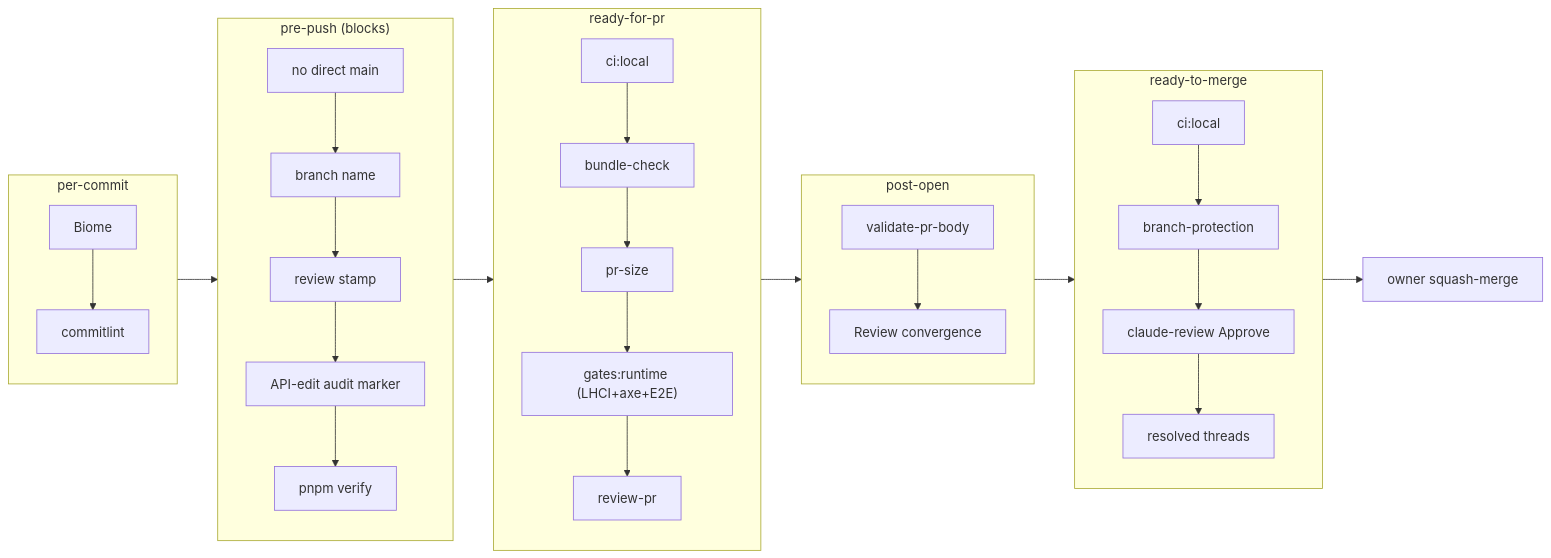
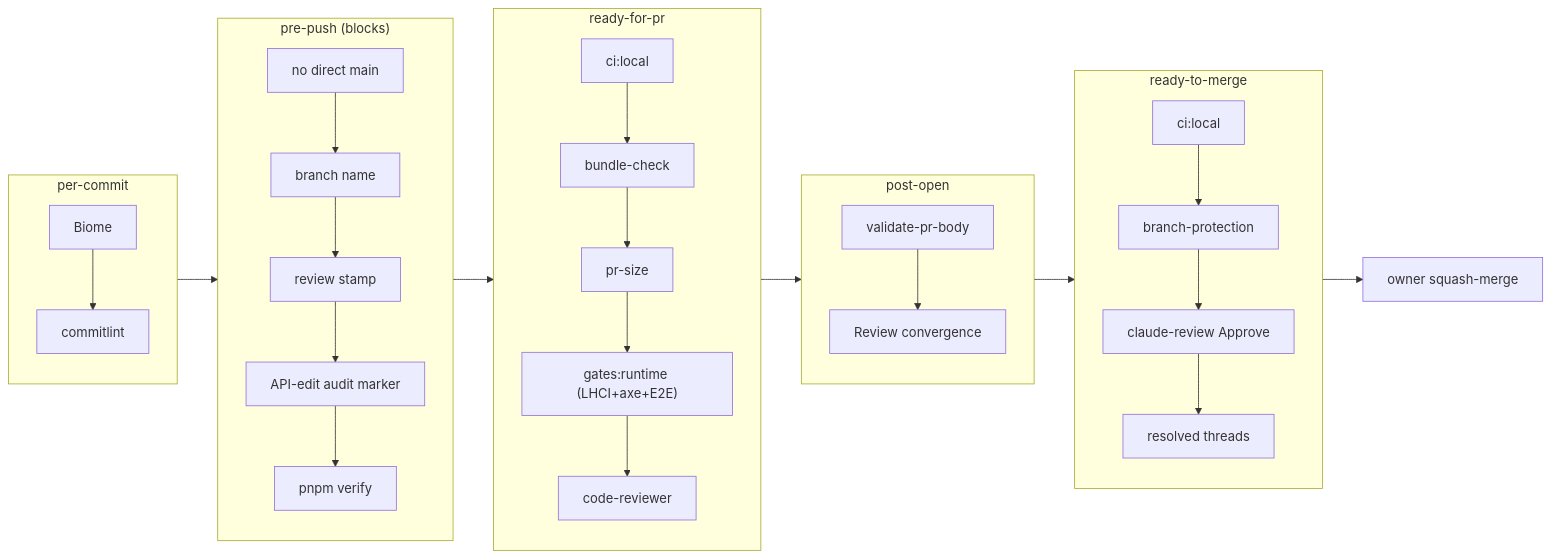
Before and after one commit to erikunha/portfolio: the second of 2 diagrams in docs/handbook/development-lifecycle.md, drawn with Mermaid. The commit also changed 2 other files, not shown here.

````diff
--- a/docs/handbook/development-lifecycle.md
+++ b/docs/handbook/development-lifecycle.md
@@ -69,19 +69,19 @@
 ```mermaid
 flowchart LR
     subgraph commit["per-commit"]
         g1["Biome"] --> g2["commitlint"]
     end
     subgraph prepush["pre-push (blocks)"]
         g3["no direct main"] --> g4["branch name"] --> g5["review stamp"] --> g6["API-edit audit marker"] --> g7["pnpm verify"]
     end
     subgraph prepr["ready-for-pr"]
-        g8["ci:local"] --> g9["bundle-check"] --> g10["pr-size"] --> g11["gates:runtime (LHCI+axe+E2E)"] --> g12["review-pr"]
+        g8["ci:local"] --> g9["bundle-check"] --> g10["pr-size"] --> g11["gates:runtime (LHCI+axe+E2E)"] --> g12["code-reviewer"]
     end
     subgraph open["post-open"]
         g13["validate-pr-body"] --> g14["Review convergence"]
     end
     subgraph premerge["ready-to-merge"]
         g15["ci:local"] --> g16["branch-protection"] --> g17["claude-review Approve"] --> g18["resolved threads"]
     end
     commit --> prepush --> prepr --> open --> premerge --> merge["owner squash-merge"]
 ```
````
